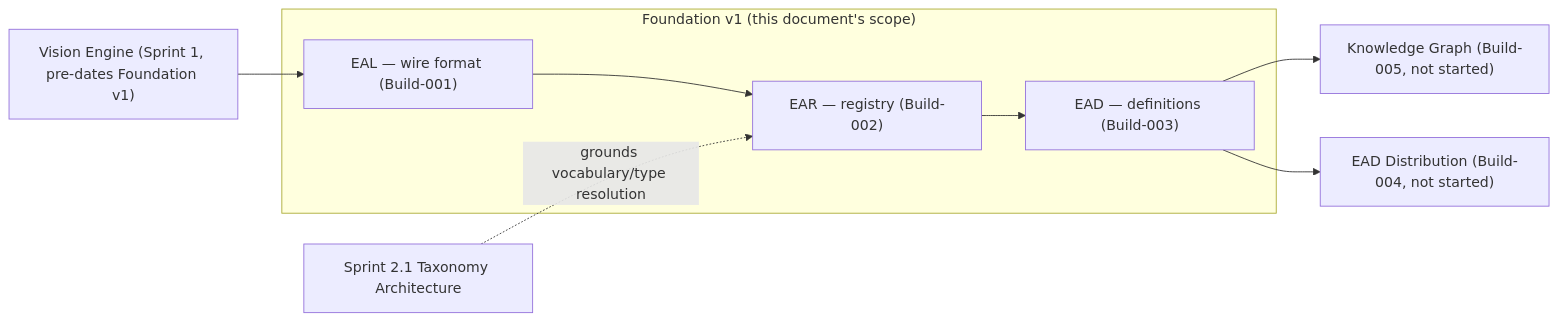
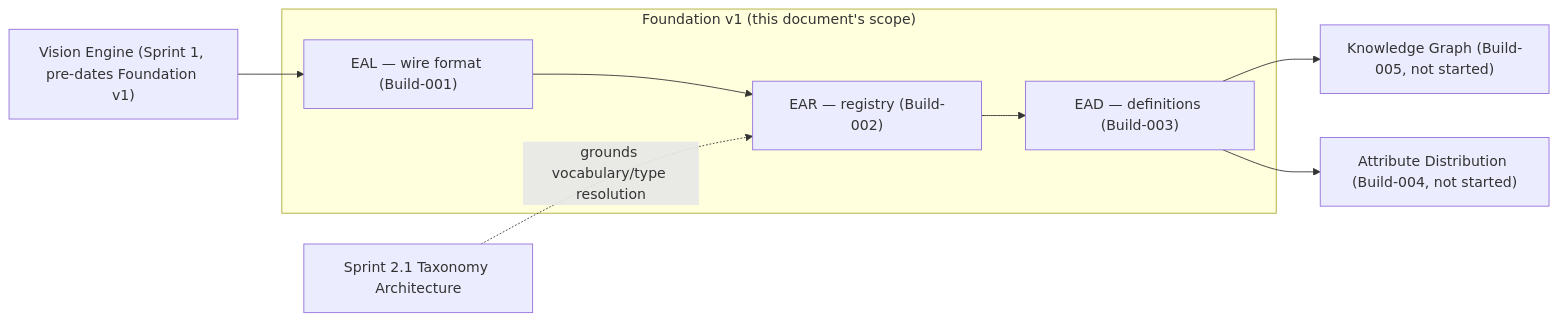
The first of 2 diagrams in docs/00_Foundation/FOUNDATION_v1.md (lexvoraconsulting-lab/The-Baking-Kaur), drawn with Mermaid before and after one commit. The commit also changed other lines of this file and 6 other files, not shown here.

Commit message:
docs(convention): ADR-0006 Workstream ID convention, fix Build-004 EAD-label collision

````diff
--- a/docs/00_Foundation/FOUNDATION_v1.md
+++ b/docs/00_Foundation/FOUNDATION_v1.md
@@ -79,13 +79,13 @@
 ```mermaid
 graph LR
     subgraph Foundation_v1["Foundation v1 (this document's scope)"]
         EAL["EAL — wire format (Build-001)"]
         EAR["EAR — registry (Build-002)"]
         EAD["EAD — definitions (Build-003)"]
         EAL --> EAR --> EAD
     end
     VE["Vision Engine (Sprint 1, pre-dates Foundation v1)"] --> EAL
     EAD --> KG["Knowledge Graph (Build-005, not started)"]
-    EAD --> DIST["EAD Distribution (Build-004, not started)"]
+    EAD --> DIST["Attribute Distribution (Build-004, not started)"]
     TAX["Sprint 2.1 Taxonomy Architecture"] -.grounds vocabulary/type resolution.-> EAR
 ```
````
